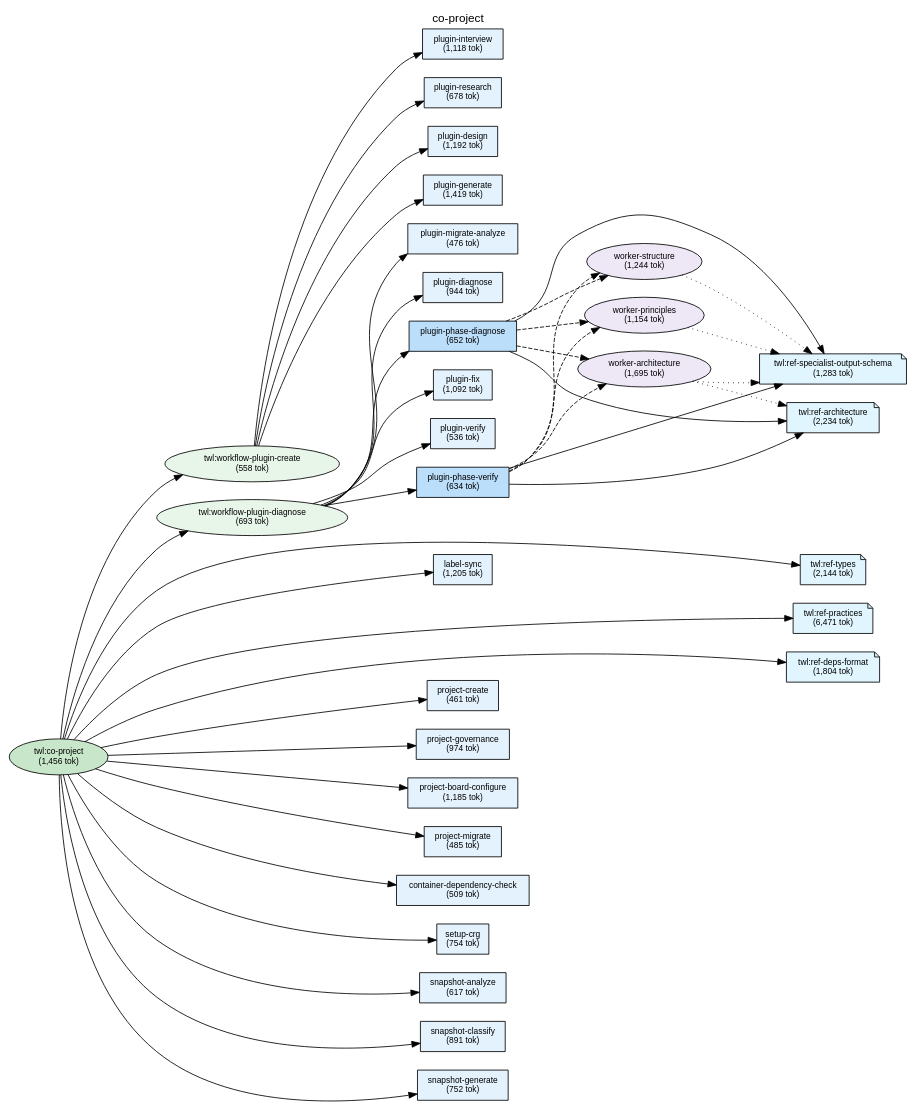
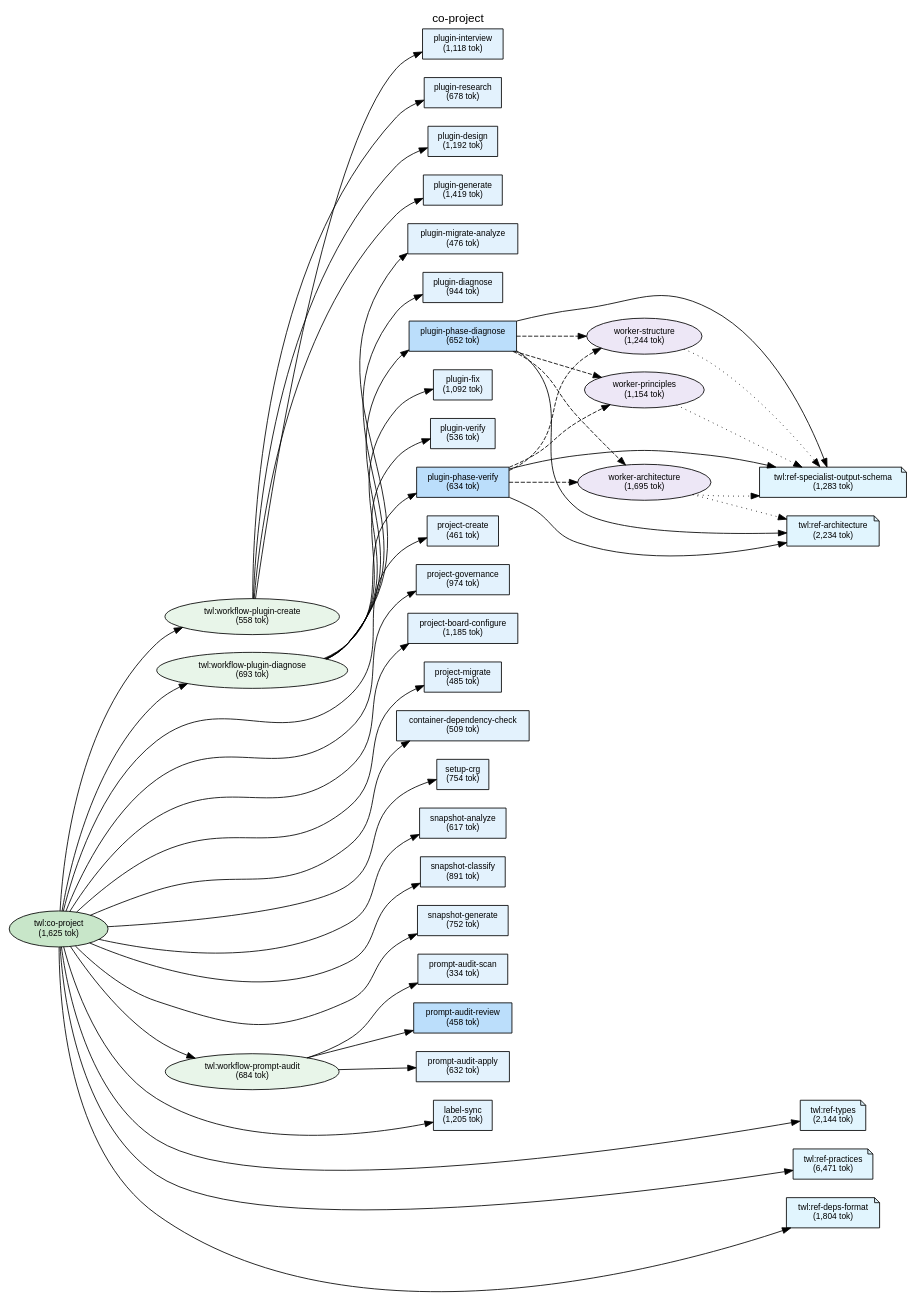
The diagram in plugins/twl/docs/deps-co-project.dot (shuu5/twill), drawn with Graphviz before and after one commit. The commit also changed 41 other files, not shown here.

```diff
--- a/plugins/twl/docs/deps-co-project.dot
+++ b/plugins/twl/docs/deps-co-project.dot
@@ -1,144 +1,155 @@
 digraph Dependencies {
     // Graph settings
     rankdir=LR;
     ranksep=0.8;
     nodesep=0.3;
     fontname="Helvetica";
     node [fontname="Helvetica", fontsize=10];
     edge [fontname="Helvetica", fontsize=9];
     label="co-project";
     labelloc=t;
     fontsize=14;
 
     // L0: Controller Skills
-    skill_co_project [label="twl:co-project\n(1,456 tok)", shape=ellipse, style=filled, fillcolor="#c8e6c9"];
+    skill_co_project [label="twl:co-project\n(1,625 tok)", shape=ellipse, style=filled, fillcolor="#c8e6c9"];
 
     // L0: Launchers
 
     // L0.5: Workflow Skills
     skill_workflow_plugin_create [label="twl:workflow-plugin-create\n(558 tok)", shape=ellipse, style=filled, fillcolor="#e8f5e9"];
     skill_workflow_plugin_diagnose [label="twl:workflow-plugin-diagnose\n(693 tok)", shape=ellipse, style=filled, fillcolor="#e8f5e9"];
+    skill_workflow_prompt_audit [label="twl:workflow-prompt-audit\n(684 tok)", shape=ellipse, style=filled, fillcolor="#e8f5e9"];
 
     // Reference Skills
     skill_ref_specialist_output_schema [label="twl:ref-specialist-output-schema\n(1,283 tok)", shape=note, style=filled, fillcolor="#e1f5fe"];
     skill_ref_types [label="twl:ref-types\n(2,144 tok)", shape=note, style=filled, fillcolor="#e1f5fe"];
     skill_ref_practices [label="twl:ref-practices\n(6,471 tok)", shape=note, style=filled, fillcolor="#e1f5fe"];
     skill_ref_deps_format [label="twl:ref-deps-format\n(1,804 tok)", shape=note, style=filled, fillcolor="#e1f5fe"];
     skill_ref_architecture [label="twl:ref-architecture\n(2,234 tok)", shape=note, style=filled, fillcolor="#e1f5fe"];
 
     // L1: Direct Commands
     cmd_label_sync [label="label-sync\n(1,205 tok)", shape=box, style=filled, fillcolor="#e3f2fd"];
     cmd_project_create [label="project-create\n(461 tok)", shape=box, style=filled, fillcolor="#e3f2fd"];
     cmd_project_board_configure [label="project-board-configure\n(1,185 tok)", shape=box, style=filled, fillcolor="#e3f2fd"];
     cmd_project_governance [label="project-governance\n(974 tok)", shape=box, style=filled, fillcolor="#e3f2fd"];
     cmd_project_migrate [label="project-migrate\n(485 tok)", shape=box, style=filled, fillcolor="#e3f2fd"];
     cmd_container_dependency_check [label="container-dependency-check\n(509 tok)", shape=box, style=filled, fillcolor="#e3f2fd"];
     cmd_setup_crg [label="setup-crg\n(754 tok)", shape=box, style=filled, fillcolor="#e3f2fd"];
     cmd_snapshot_analyze [label="snapshot-analyze\n(617 tok)", shape=box, style=filled, fillcolor="#e3f2fd"];
     cmd_snapshot_classify [label="snapshot-classify\n(891 tok)", shape=box, style=filled, fillcolor="#e3f2fd"];
     cmd_snapshot_generate [label="snapshot-generate\n(752 tok)", shape=box, style=filled, fillcolor="#e3f2fd"];
     cmd_plugin_interview [label="plugin-interview\n(1,118 tok)", shape=box, style=filled, fillcolor="#e3f2fd"];
     cmd_plugin_research [label="plugin-research\n(678 tok)", shape=box, style=filled, fillcolor="#e3f2fd"];
     cmd_plugin_design [label="plugin-design\n(1,192 tok)", shape=box, style=filled, fillcolor="#e3f2fd"];
     cmd_plugin_generate [label="plugin-generate\n(1,419 tok)", shape=box, style=filled, fillcolor="#e3f2fd"];
     cmd_plugin_migrate_analyze [label="plugin-migrate-analyze\n(476 tok)", shape=box, style=filled, fillcolor="#e3f2fd"];
+    cmd_prompt_audit_scan [label="prompt-audit-scan\n(334 tok)", shape=box, style=filled, fillcolor="#e3f2fd"];
+    cmd_prompt_audit_review [label="prompt-audit-review\n(458 tok)", shape=box, style=filled, fillcolor="#bbdefb"];
+    cmd_prompt_audit_apply [label="prompt-audit-apply\n(632 tok)", shape=box, style=filled, fillcolor="#e3f2fd"];
     cmd_plugin_diagnose [label="plugin-diagnose\n(944 tok)", shape=box, style=filled, fillcolor="#e3f2fd"];
     cmd_plugin_fix [label="plugin-fix\n(1,092 tok)", shape=box, style=filled, fillcolor="#e3f2fd"];
     cmd_plugin_verify [label="plugin-verify\n(536 tok)", shape=box, style=filled, fillcolor="#e3f2fd"];
     cmd_plugin_phase_diagnose [label="plugin-phase-diagnose\n(652 tok)", shape=box, style=filled, fillcolor="#bbdefb"];
     cmd_plugin_phase_verify [label="plugin-phase-verify\n(634 tok)", shape=box, style=filled, fillcolor="#bbdefb"];
 
     // L2: Sub Commands
 
     // L3: Agents
     agent_worker_structure [label="worker-structure\n(1,244 tok)", shape=ellipse, style=filled, fillcolor="#ede7f6"];
     agent_worker_principles [label="worker-principles\n(1,154 tok)", shape=ellipse, style=filled, fillcolor="#ede7f6"];
     agent_worker_architecture [label="worker-architecture\n(1,695 tok)", shape=ellipse, style=filled, fillcolor="#ede7f6"];
 
     // L3.5: Scripts
 
     // L4: External
 
     // Layer constraints
     { rank=same; skill_co_project; }
-    { rank=same; skill_workflow_plugin_create; skill_workflow_plugin_diagnose; }
+    { rank=same; skill_workflow_plugin_create; skill_workflow_plugin_diagnose; skill_workflow_prompt_audit; }
     { rank=same; skill_ref_specialist_output_schema; skill_ref_types; skill_ref_practices; skill_ref_deps_format; skill_ref_architecture; }
-    { rank=same; cmd_label_sync; cmd_project_create; cmd_project_board_configure; cmd_project_governance; cmd_project_migrate; cmd_container_dependency_check; cmd_setup_crg; cmd_snapshot_analyze; cmd_snapshot_classify; cmd_snapshot_generate; cmd_plugin_interview; cmd_plugin_research; cmd_plugin_design; cmd_plugin_generate; cmd_plugin_migrate_analyze; cmd_plugin_diagnose; cmd_plugin_fix; cmd_plugin_verify; cmd_plugin_phase_diagnose; cmd_plugin_phase_verify; }
+    { rank=same; cmd_label_sync; cmd_project_create; cmd_project_board_configure; cmd_project_governance; cmd_project_migrate; cmd_container_dependency_check; cmd_setup_crg; cmd_snapshot_analyze; cmd_snapshot_classify; cmd_snapshot_generate; cmd_plugin_interview; cmd_plugin_research; cmd_plugin_design; cmd_plugin_generate; cmd_plugin_migrate_analyze; cmd_prompt_audit_scan; cmd_prompt_audit_review; cmd_prompt_audit_apply; cmd_plugin_diagnose; cmd_plugin_fix; cmd_plugin_verify; cmd_plugin_phase_diagnose; cmd_plugin_phase_verify; }
     { rank=same; agent_worker_structure; agent_worker_principles; agent_worker_architecture; }
 
     // Edges
     skill_co_project -> cmd_project_create;
     skill_co_project -> cmd_project_governance;
     skill_co_project -> cmd_project_board_configure;
     skill_co_project -> cmd_project_migrate;
     skill_co_project -> cmd_container_dependency_check;
     skill_co_project -> cmd_setup_crg;
     skill_co_project -> cmd_snapshot_analyze;
     skill_co_project -> cmd_snapshot_classify;
     skill_co_project -> cmd_snapshot_generate;
     skill_co_project -> skill_workflow_plugin_create;
     skill_co_project -> skill_workflow_plugin_diagnose;
+    skill_co_project -> skill_workflow_prompt_audit;
     skill_co_project -> cmd_label_sync;
     skill_co_project -> skill_ref_types;
     skill_co_project -> skill_ref_practices;
     skill_co_project -> skill_ref_deps_format;
     skill_workflow_plugin_create -> cmd_plugin_interview;
     skill_workflow_plugin_create -> cmd_plugin_research;
     skill_workflow_plugin_create -> cmd_plugin_design;
     skill_workflow_plugin_create -> cmd_plugin_generate;
     skill_workflow_plugin_diagnose -> cmd_plugin_migrate_analyze;
     skill_workflow_plugin_diagnose -> cmd_plugin_diagnose;
     skill_workflow_plugin_diagnose -> cmd_plugin_phase_diagnose;
     skill_workflow_plugin_diagnose -> cmd_plugin_fix;
     skill_workflow_plugin_diagnose -> cmd_plugin_verify;
     skill_workflow_plugin_diagnose -> cmd_plugin_phase_verify;
+    skill_workflow_prompt_audit -> cmd_prompt_audit_scan;
+    skill_workflow_prompt_audit -> cmd_prompt_audit_review;
+    skill_workflow_prompt_audit -> cmd_prompt_audit_apply;
     cmd_plugin_phase_diagnose -> agent_worker_structure [style=dashed];
     cmd_plugin_phase_diagnose -> agent_worker_principles [style=dashed];
     cmd_plugin_phase_diagnose -> agent_worker_architecture [style=dashed];
     cmd_plugin_phase_diagnose -> skill_ref_specialist_output_schema;
     cmd_plugin_phase_diagnose -> skill_ref_architecture;
     cmd_plugin_phase_verify -> agent_worker_structure [style=dashed];
     cmd_plugin_phase_verify -> agent_worker_principles [style=dashed];
     cmd_plugin_phase_verify -> agent_worker_architecture [style=dashed];
     cmd_plugin_phase_verify -> skill_ref_specialist_output_schema;
     cmd_plugin_phase_verify -> skill_ref_architecture;
     agent_worker_structure -> skill_ref_specialist_output_schema [style=dotted];
     agent_worker_principles -> skill_ref_specialist_output_schema [style=dotted];
     agent_worker_architecture -> skill_ref_specialist_output_schema [style=dotted];
     agent_worker_architecture -> skill_ref_architecture [style=dotted];
 
     // Ordering constraints (invisible edges)
     cmd_project_create -> cmd_project_governance [style=invis, weight=10];
     cmd_project_governance -> cmd_project_board_configure [style=invis, weight=10];
     cmd_project_board_configure -> cmd_project_migrate [style=invis, weight=10];
     cmd_project_migrate -> cmd_container_dependency_check [style=invis, weight=10];
     cmd_container_dependency_check -> cmd_setup_crg [style=invis, weight=10];
     cmd_setup_crg -> cmd_snapshot_analyze [style=invis, weight=10];
     cmd_snapshot_analyze -> cmd_snapshot_classify [style=invis, weight=10];
     cmd_snapshot_classify -> cmd_snapshot_generate [style=invis, weight=10];
     cmd_snapshot_generate -> skill_workflow_plugin_create [style=invis, weight=10];
     skill_workflow_plugin_create -> skill_workflow_plugin_diagnose [style=invis, weight=10];
-    skill_workflow_plugin_diagnose -> cmd_label_sync [style=invis, weight=10];
+    skill_workflow_plugin_diagnose -> skill_workflow_prompt_audit [style=invis, weight=10];
+    skill_workflow_prompt_audit -> cmd_label_sync [style=invis, weight=10];
     cmd_label_sync -> skill_ref_types [style=invis, weight=10];
     skill_ref_types -> skill_ref_practices [style=invis, weight=10];
     skill_ref_practices -> skill_ref_deps_format [style=invis, weight=10];
     cmd_plugin_interview -> cmd_plugin_research [style=invis, weight=10];
     cmd_plugin_research -> cmd_plugin_design [style=invis, weight=10];
     cmd_plugin_design -> cmd_plugin_generate [style=invis, weight=10];
     cmd_plugin_migrate_analyze -> cmd_plugin_diagnose [style=invis, weight=10];
     cmd_plugin_diagnose -> cmd_plugin_phase_diagnose [style=invis, weight=10];
     cmd_plugin_phase_diagnose -> cmd_plugin_fix [style=invis, weight=10];
     cmd_plugin_fix -> cmd_plugin_verify [style=invis, weight=10];
     cmd_plugin_verify -> cmd_plugin_phase_verify [style=invis, weight=10];
+    cmd_prompt_audit_scan -> cmd_prompt_audit_review [style=invis, weight=10];
+    cmd_prompt_audit_review -> cmd_prompt_audit_apply [style=invis, weight=10];
     agent_worker_structure -> agent_worker_principles [style=invis, weight=10];
     agent_worker_principles -> agent_worker_architecture [style=invis, weight=10];
     agent_worker_architecture -> skill_ref_specialist_output_schema [style=invis, weight=10];
     skill_ref_specialist_output_schema -> skill_ref_architecture [style=invis, weight=10];
     agent_worker_structure -> agent_worker_principles [style=invis, weight=10];
     agent_worker_principles -> agent_worker_architecture [style=invis, weight=10];
     agent_worker_architecture -> skill_ref_specialist_output_schema [style=invis, weight=10];
     skill_ref_specialist_output_schema -> skill_ref_architecture [style=invis, weight=10];
     agent_worker_structure -> agent_worker_principles [style=invis, weight=10];
     agent_worker_structure -> agent_worker_principles [style=invis, weight=10];
 
 }
```
